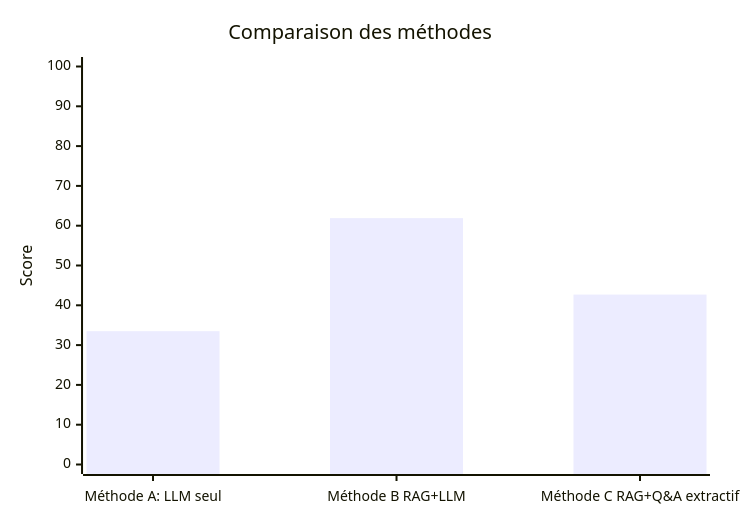
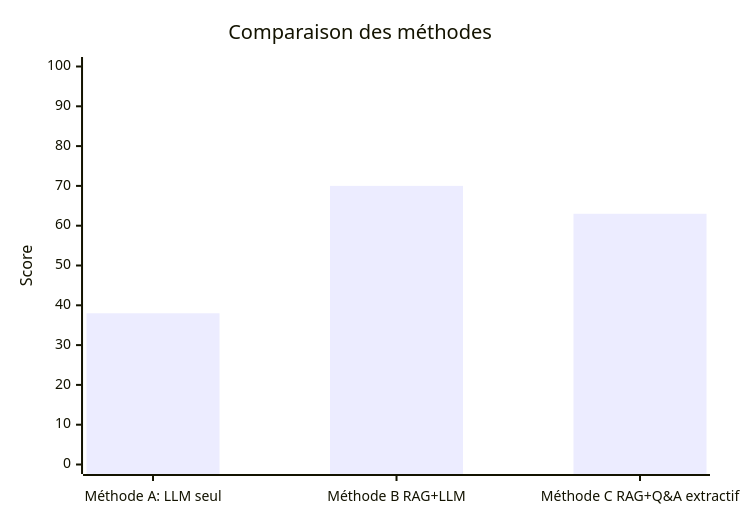
Before and after one commit to MelodyDuplaix/Projet_RAG_FAQ: the diagram in doc/RAPPORT_BENCHMARK.md, drawn with Mermaid. The commit also changed other lines of this file and 9 other files, not shown here.

````diff
--- a/doc/RAPPORT_BENCHMARK.md
+++ b/doc/RAPPORT_BENCHMARK.md
@@ -181,7 +181,7 @@
 ```mermaid
 xychart
     title "Comparaison des méthodes"
     x-axis ["Méthode A: LLM seul", "Méthode B RAG+LLM", "Méthode C RAG+Q&A extractif"]
     y-axis "Score" 0 --> 100
-    bar [33.5, 61.9, 42.7]
+    bar [38, 70, 63]
 ```
````
